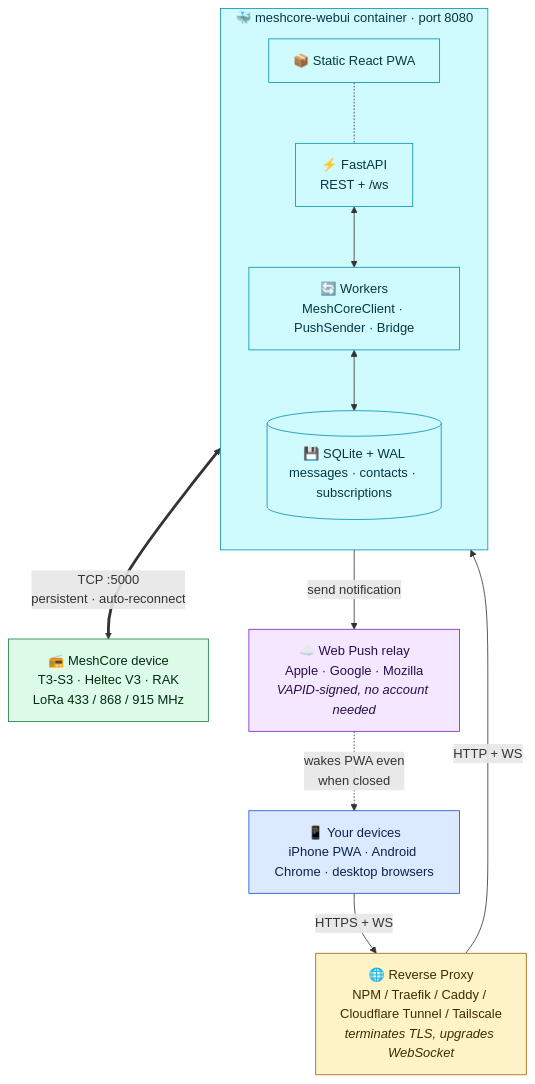
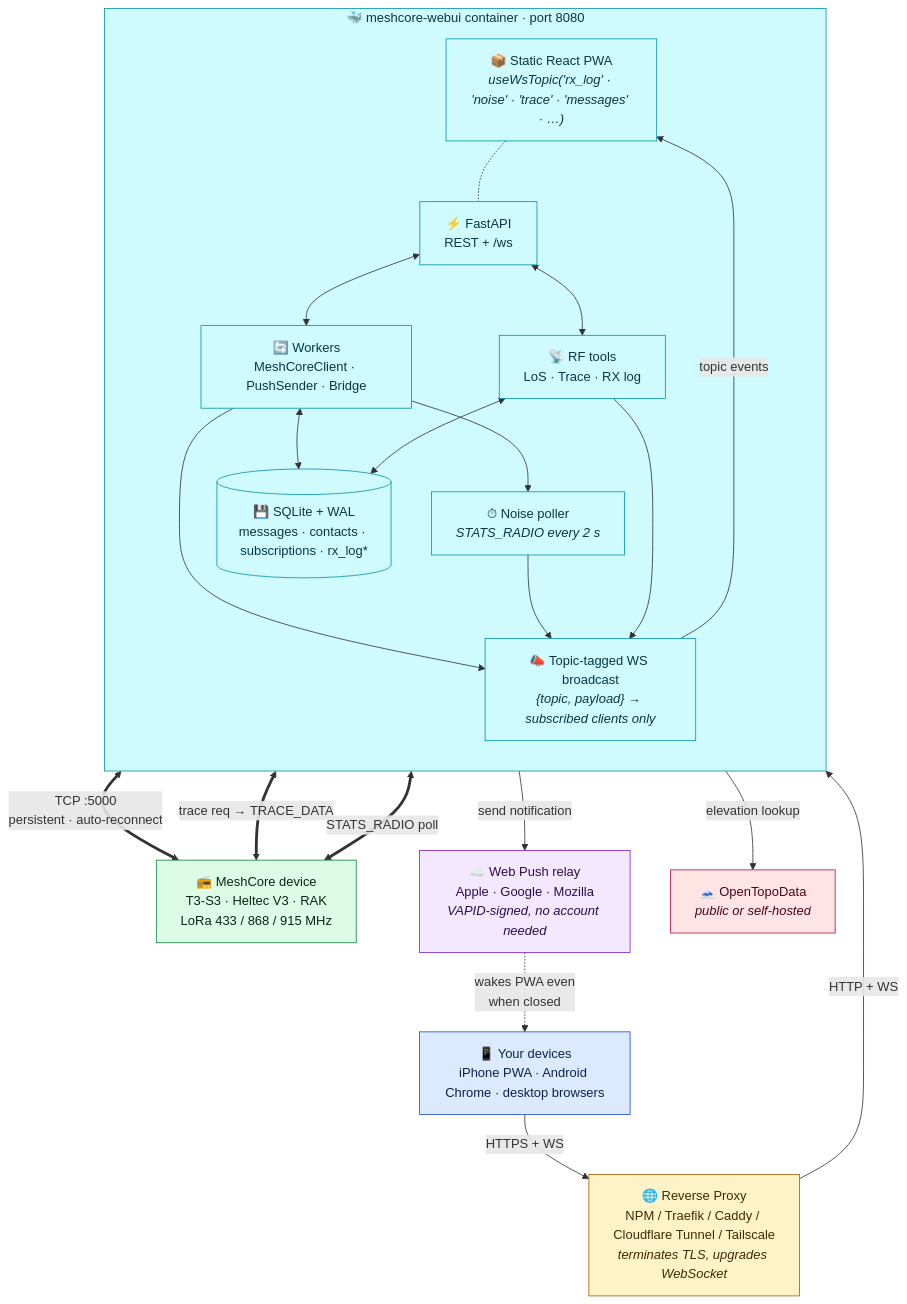
One commit to adradr/meshcore-webui changed the first of 3 diagrams in README.md. Above: the diagram before and after it, drawn with Mermaid. The commit also changed other lines of this file, not shown here.

Commit message:
docs(readme): add RF tools section + env vars + updated architecture diagram

````diff
--- a/README.md
+++ b/README.md
@@ -40,38 +47,55 @@
 ```mermaid
 flowchart TD
   Client["📱 Your devices<br/>iPhone PWA · Android Chrome · desktop browsers"]
 
   Proxy["🌐 Reverse Proxy<br/>NPM / Traefik / Caddy / Cloudflare Tunnel / Tailscale<br/><i>terminates TLS, upgrades WebSocket</i>"]
 
   subgraph Container["🐳 meshcore-webui container · port 8080"]
     direction TB
-    UI["📦 Static React PWA"]
+    UI["📦 Static React PWA<br/><i>useWsTopic('rx_log' · 'noise' · 'trace' · 'messages' · …)</i>"]
     API["⚡ FastAPI<br/>REST + /ws"]
+    Bus["📣 Topic-tagged WS broadcast<br/><i>{topic, payload} → subscribed clients only</i>"]
     Worker["🔄 Workers<br/>MeshCoreClient · PushSender · Bridge"]
-    DB[("💾 SQLite + WAL<br/>messages · contacts · subscriptions")]
+    Noise["⏱ Noise poller<br/><i>STATS_RADIO every 2 s</i>"]
+    RFTools["📡 RF tools<br/>LoS · Trace · RX log"]
+    DB[("💾 SQLite + WAL<br/>messages · contacts · subscriptions · rx_log*")]
     UI -.- API
     API <--> Worker
+    API <--> RFTools
+    Worker --> Bus
+    Noise --> Bus
+    RFTools --> Bus
+    Bus -- "topic events" --> UI
     Worker <--> DB
+    RFTools <--> DB
+    Worker --> Noise
   end
 
   Device["📻 MeshCore device<br/>T3-S3 · Heltec V3 · RAK<br/>LoRa 433 / 868 / 915 MHz"]
 
   Push["☁️ Web Push relay<br/>Apple · Google · Mozilla<br/><i>VAPID-signed, no account needed</i>"]
 
+  Topo["🗻 OpenTopoData<br/><i>public or self-hosted</i>"]
+
   Client -- "HTTPS + WS" --> Proxy
   Proxy -- "HTTP + WS" --> Container
   Worker <== "TCP :5000<br/>persistent · auto-reconnect" ==> Device
+  RFTools <== "trace req → TRACE_DATA" ==> Device
+  Noise <== "STATS_RADIO poll" ==> Device
   Worker -- "send notification" --> Push
   Push -. "wakes PWA even<br/>when closed" .-> Client
+  RFTools -- "elevation lookup" --> Topo
 
   classDef client fill:#dbeafe,stroke:#1d4ed8,color:#0c224d
   classDef proxy fill:#fef3c7,stroke:#a16207,color:#3f2a06
   classDef container fill:#cffafe,stroke:#0891b2,color:#053844
   classDef device fill:#dcfce7,stroke:#15803d,color:#062812
   classDef push fill:#f3e8ff,stroke:#7e22ce,color:#2c0c4d
+  classDef external fill:#ffe4e6,stroke:#be123c,color:#4c0519
   class Client client
   class Proxy proxy
-  class Container,UI,API,Worker,DB container
+  class Container,UI,API,Worker,DB,Bus,Noise,RFTools container
   class Device device
   class Push push
+  class Topo external
 ```
````
